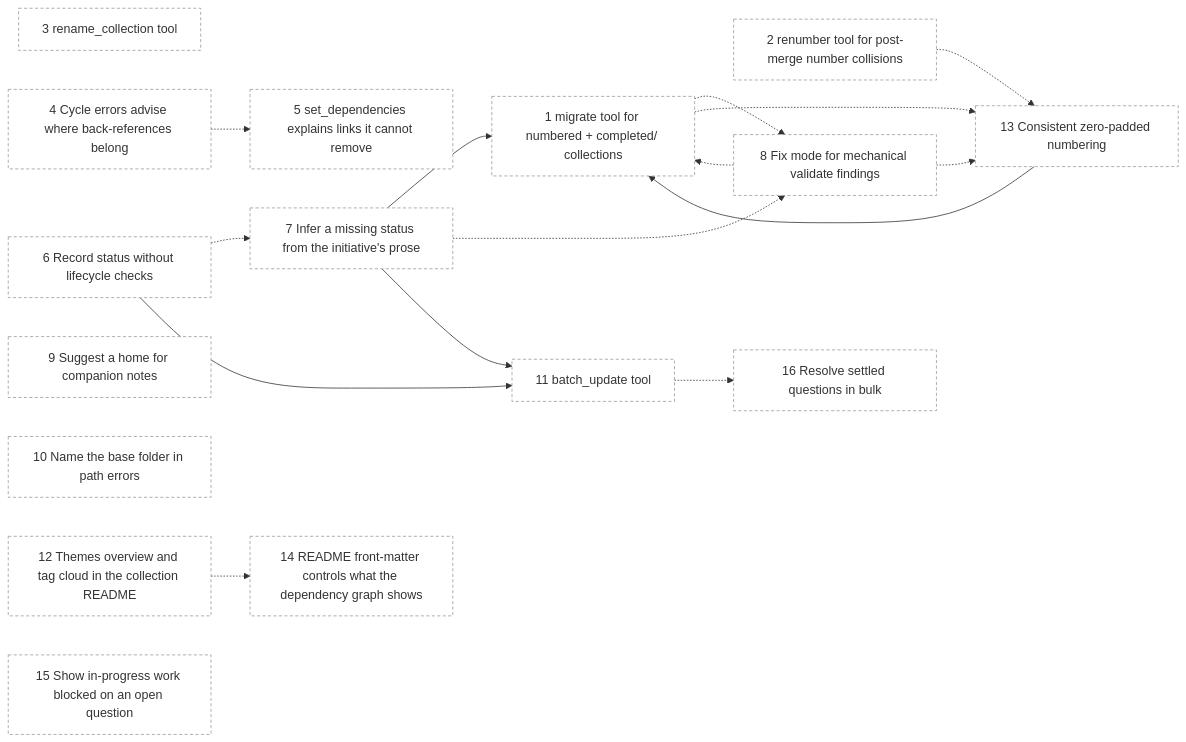
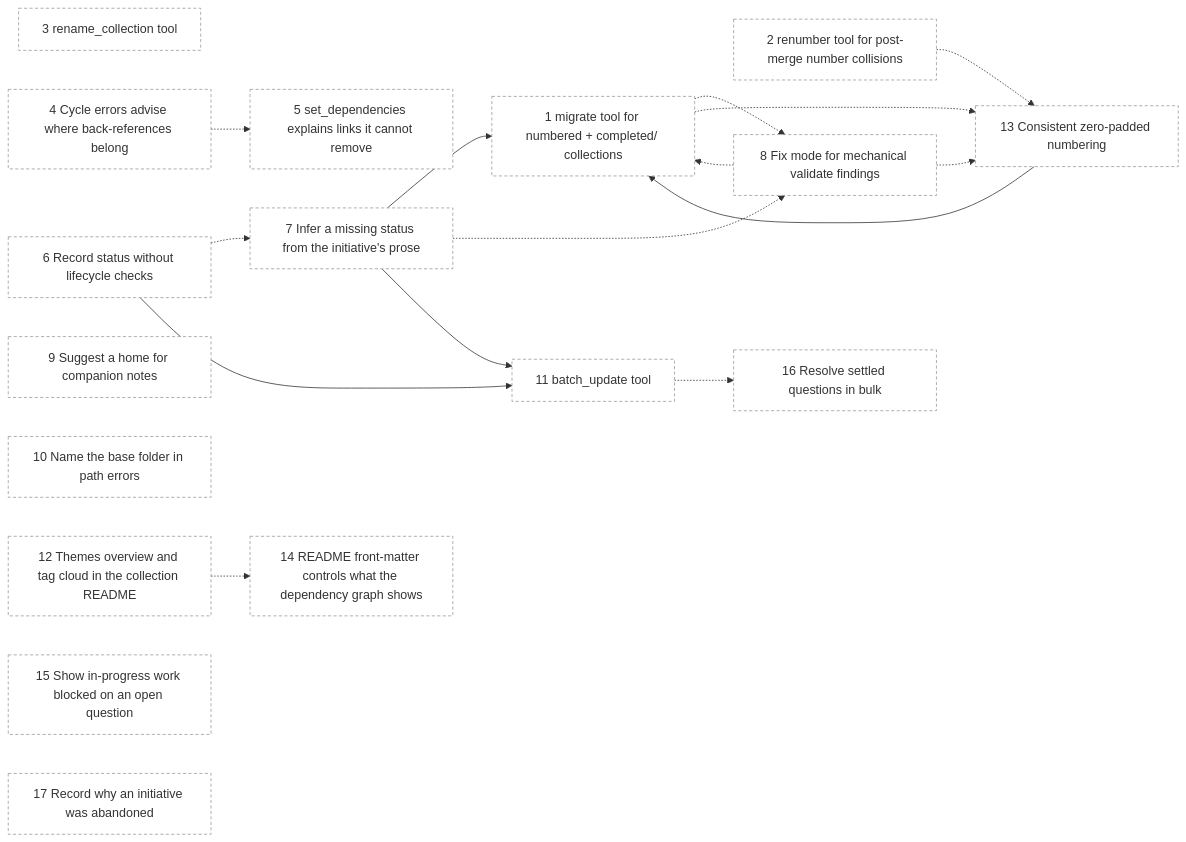
Before and after one commit to duckAsteroid/brindley: the diagram in initiatives/README.md, drawn with Mermaid. The commit also changed other lines of this file and 1 other file, not shown here.

Commit message:
docs(initiatives): add #17, record why an initiative was abandoned

````diff
--- a/initiatives/README.md
+++ b/initiatives/README.md
@@ -42,39 +43,40 @@
 ```mermaid
 flowchart LR
   n1["1 migrate tool for numbered + completed/ collections"]:::draft
   n2["2 renumber tool for post-merge number collisions"]:::draft
   n3["3 rename_collection tool"]:::draft
   n4["4 Cycle errors advise where back-references belong"]:::draft
   n5["5 set_dependencies explains links it cannot remove"]:::draft
   n6["6 Record status without lifecycle checks"]:::draft
   n7["7 Infer a missing status from the initiative's prose"]:::draft
   n8["8 Fix mode for mechanical validate findings"]:::draft
   n9["9 Suggest a home for companion notes"]:::draft
   n10["10 Name the base folder in path errors"]:::draft
   n11["11 batch_update tool"]:::draft
   n12["12 Themes overview and tag cloud in the collection README"]:::draft
   n13["13 Consistent zero-padded numbering"]:::draft
   n14["14 README front-matter controls what the dependency graph shows"]:::draft
   n15["15 Show in-progress work blocked on an open question"]:::draft
   n16["16 Resolve settled questions in bulk"]:::draft
+  n17["17 Record why an initiative was abandoned"]:::draft
   n7 --> n1
   n13 --> n1
   n8 -.-> n1
   n4 -.-> n5
   n6 -.-> n7
   n7 -.-> n8
   n1 -.-> n8
   n6 --> n11
   n7 --> n11
   n1 -.-> n13
   n2 -.-> n13
   n8 -.-> n13
   n12 -.-> n14
   n11 -.-> n16
   classDef done fill:#e6e6e6,color:#777,stroke:#bbb
   classDef draft fill:#fff,stroke:#999,stroke-dasharray:4 3
   classDef designed fill:#e8f0fe,stroke:#4a7bd0
   classDef ready fill:#d9f2e3,stroke:#2e8b57,stroke-width:2px
   classDef inprogress fill:#fff4d6,stroke:#d49a00,stroke-width:2px
   classDef external fill:#fafafa,stroke:#999
 ```
````
